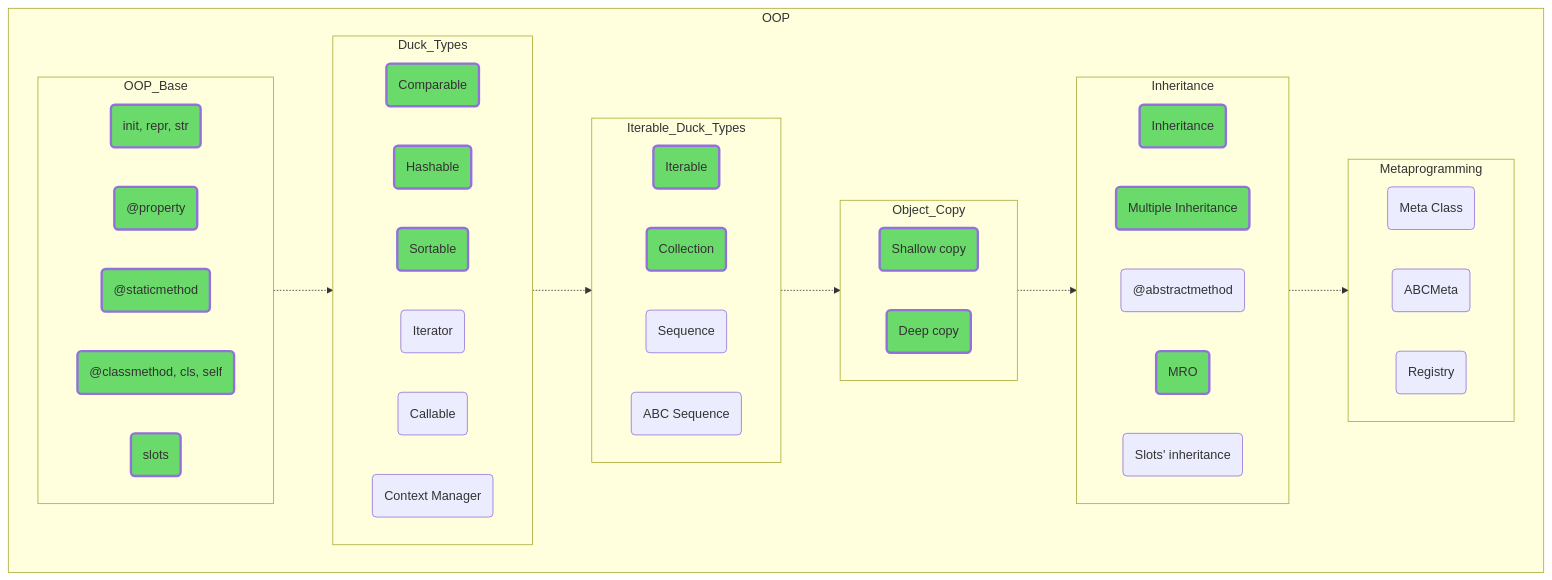
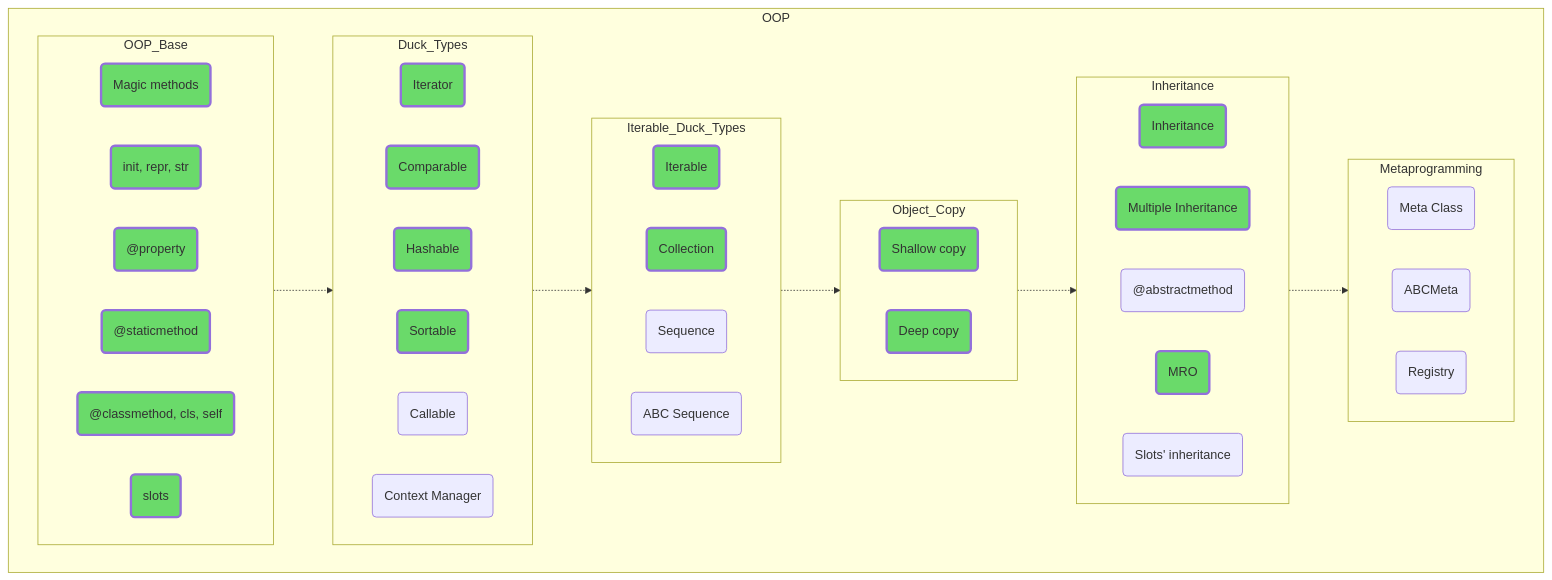
One commit to amaargiru/pyroad changed the diagram in 04_OOP.md. Above: the diagram before and after it, drawn with Mermaid. The commit also changed 15 other files, not shown here.

````diff
--- a/04_OOP.md
+++ b/04_OOP.md
@@ -7,76 +7,79 @@
 ```mermaid
 flowchart TD
 
 subgraph OOP
 direction LR
 OOP_Base -.-> Duck_Types -.-> Iterable_Duck_Types -.-> Object_Copy -.->Inheritance -.-> Metaprogramming
 
 subgraph OOP_Base
 direction LR
+Magicmethods("Magic methods")
 oopBase1("init, repr, str")
 oop_property("@property")
 staticmethod("@staticmethod")
 classmethod("@classmethod, cls, self")
 slots(slots)
 end
 
 subgraph Duck_Types
 direction LR
+Iterator(Iterator)
 Comparable(Comparable)
 Hashable(Hashable)
 Sortable(Sortable)
-Iterator(Iterator)
 Callable(Callable)
 dt_Context_Manager("Context Manager")
 end
 
 subgraph Iterable_Duck_Types
 direction LR
 Iterable(Iterable)
 Collection(Collection)
 Sequence(Sequence)
 ABC_Sequence("ABC Sequence")
 end
 
 subgraph Object_Copy
 direction LR
 shallow("Shallow copy")
 deep("Deep copy")
 end
 
 subgraph Inheritance
 direction LR
 objInheritance(Inheritance)
 Multiple_Inheritance("Multiple Inheritance")
 abstractmethod("@abstractmethod")
 MRO(MRO)
 Inheritance_of_slots("Slots' inheritance")
 end
 
 subgraph Metaprogramming
 direction LR
 Metaclass("Meta Class")
 ABCMeta(ABCMeta)
 Registry(Registry)
 end
 
 end
 
 classDef trainee fill:#6ADA6A, stroke-width:3px
 
+class Magicmethods trainee;
 class oopBase1 trainee;
 class oop_property trainee;
 class staticmethod trainee;
 class classmethod trainee;
 class slots trainee;
+class Iterator trainee;
 class Comparable trainee;
 class Hashable trainee;
 class Sortable trainee;
 class Iterable trainee;
 class Collection trainee;
 class shallow trainee;
 class deep trainee;
 class objInheritance trainee;
 class Multiple_Inheritance trainee;
 class MRO trainee;
 ```
````
